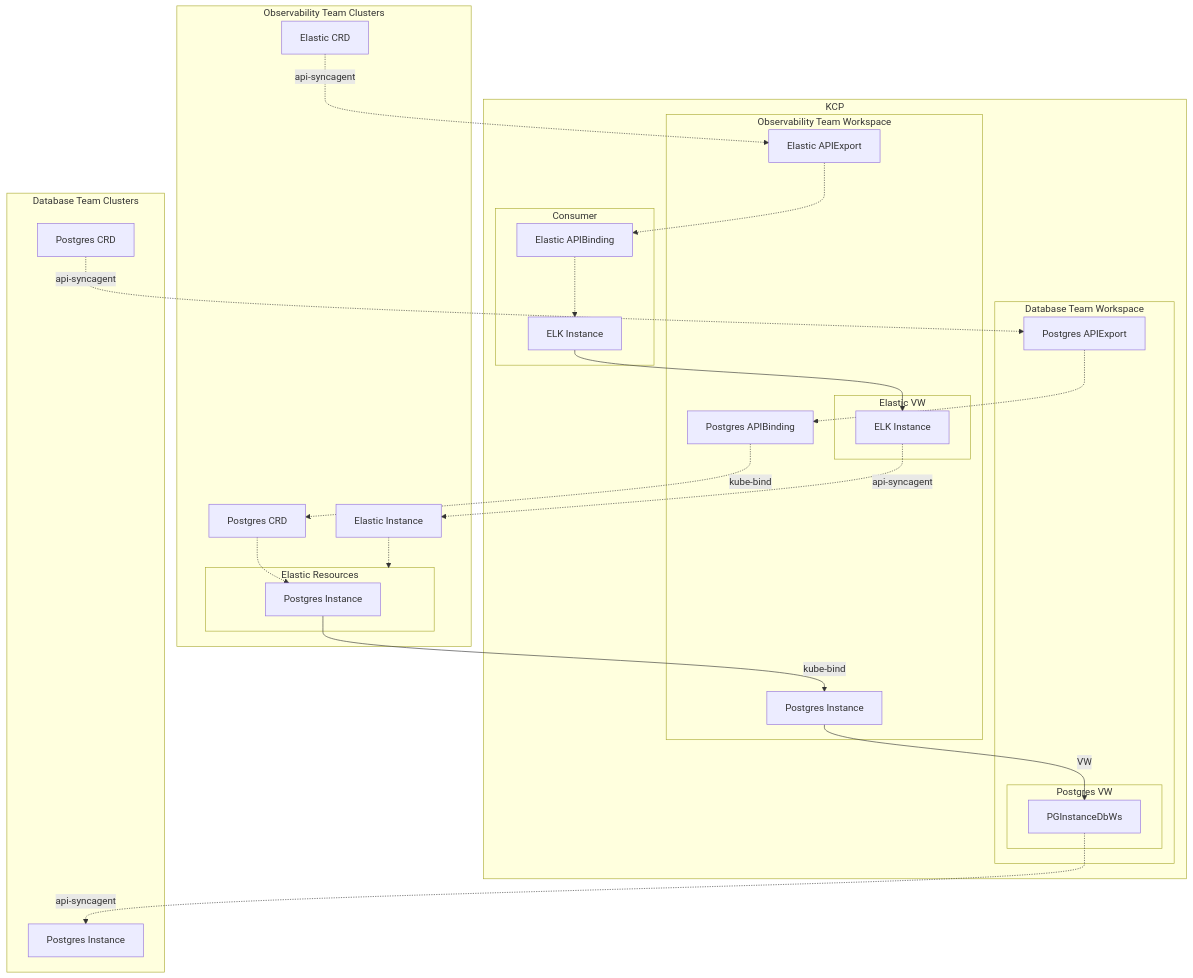
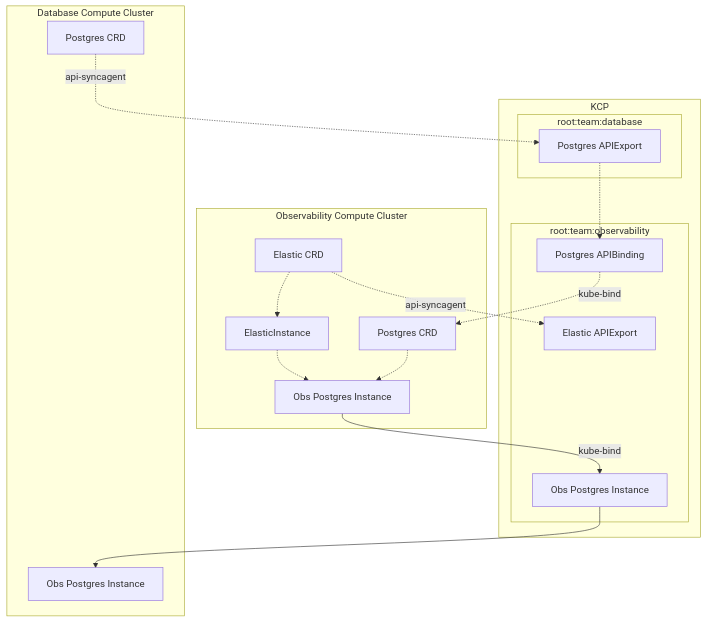
One commit to platform-mesh/platform-mesh.github.io changed the third of 4 diagrams in scenarios/provider-to-consumer.md. Above: the diagram before and after it, drawn with Mermaid. The commit also changed other lines of this file, not shown here.

````diff
--- a/scenarios/provider-to-consumer.md
+++ b/scenarios/provider-to-consumer.md
@@ -120,61 +119,40 @@
 ```mermaid
 flowchart TD
 
 subgraph KCP
-    subgraph DatabaseWS[Database Team Workspace]
+    subgraph KCP_DB[root:team:database]
         PGExport[Postgres APIExport]
-        subgraph PGExportVW[Postgres VW]
-            PGInstanceDbWs
-        end
     end
 
-    PGExport -.-> PGBinding
-    PGInstanceObsWs --> |VW| PGInstanceDbWs
-
-    subgraph ObservabilityWS[Observability Team Workspace]
-        PGBinding[Postgres APIBinding]
-        PGInstanceObsWs[Postgres Instance]
-
-        ELKExport[Elastic APIExport]
-        subgraph ELKExportVW[Elastic VW]
-            ELKInstanceProvider[ELK Instance]
-        end
+    subgraph KCP_Obs[root:team:observability]
+        ElasticExport[Elastic APIExport]
+        PGBindingObs[Postgres APIBinding]
+        PGInstanceObsWs[Obs Postgres Instance]
     end
-
-    ELKExport -.-> ELKBinding
-    ELKInstance --> ELKInstanceProvider
-
-    subgraph ConsumerWs[Consumer]
-        ELKBinding[Elastic APIBinding]
-        ELKInstance[ELK Instance]
-        ELKBinding -.-> ELKInstance
-    end
+    PGExport -.-> PGBindingObs
 end
 
-subgraph DBKube[Database Team Clusters]
+subgraph DBCompute[Database Compute Cluster]
     PGCRD[Postgres CRD]
     PGCRD -.-> |api-syncagent| PGExport
-
-    PGInstanceKube[Postgres Instance]
+    PGInstanceObsReal[Obs Postgres Instance]
+    PGInstanceObsWs --> PGInstanceObsReal
 end
 
-PGInstanceDbWs -.-> |api-syncagent| PGInstanceKube
-
-subgraph ObservabilityKube[Observability Team Clusters]
-    ELKCRD[Elastic CRD]
-    ELKCRD -.-> |api-syncagent| ELKExport
-
-    ELKInstanceKube[Elastic Instance]
-    ELKInstanceKube -.-> ElasticResource
-    subgraph ElasticResource[Elastic Resources]
-        PGInstanceObsKube[Postgres Instance]
-    end
+subgraph ObsCompute[Observability Compute Cluster]
+    ElasticCRD[Elastic CRD]
+    ElasticCRD -.-> |api-syncagent| ElasticExport
 
     PGCRDObs[Postgres CRD]
-    PGCRDObs -.-> PGInstanceObsKube
+    PGBindingObs -.-> |kube-bind| PGCRDObs
+
+    ElasticInstance
+    ElasticCRD -.-> ElasticInstance
+
+    PGInstanceObs[Obs Postgres Instance]
+    ElasticInstance -.-> PGInstanceObs
+    PGCRDObs -.-> PGInstanceObs
+
+    PGInstanceObs --> |kube-bind| PGInstanceObsWs
 end
-
-ELKInstanceProvider -.-> |api-syncagent| ELKInstanceKube
-PGBinding -.-> |kube-bind| PGCRDObs
-PGInstanceObsKube --> |kube-bind| PGInstanceObsWs
 ```
````
